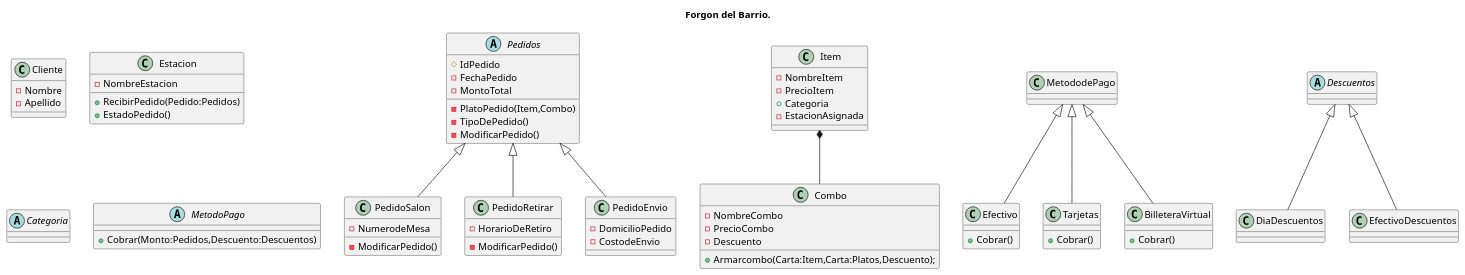
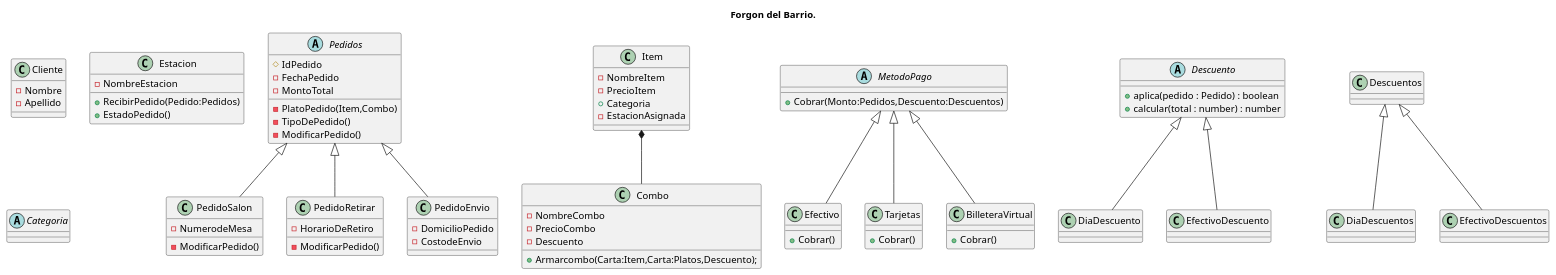
One commit to biglierilaram/Trabajo_Practico_Prog2 changed the diagram in Diagrama del TP/Restaurante.puml. Above: the diagram before and after it, drawn with PlantUML.

Commit message:
Corregi nombres de DiaDescuento y EfectivoDescuento y agrege un par de comentarios

```diff
--- a/Diagrama del TP/Restaurante.puml
+++ b/Diagrama del TP/Restaurante.puml
@@ -1,141 +1,148 @@
 @startuml
 
 title Forgon del Barrio.
 
 class Cliente{
 -Nombre
 -Apellido
 }
 
 
 abstract class Pedidos{
 #IdPedido
 -FechaPedido
 -MontoTotal
 -PlatoPedido(Item,Combo)
 
 
 -TipoDePedido()
 -ModificarPedido()
 
 }
 
 ' Relaciones
 Pedidos <|-- PedidoSalon
 Pedidos <|-- PedidoRetirar
 Pedidos <|--PedidoEnvio
 
 class PedidoSalon{
 -NumerodeMesa
 -ModificarPedido()
 }
 
 class PedidoRetirar{
 -HorarioDeRetiro
 -ModificarPedido()
 }
 
 class PedidoEnvio{
 -DomicilioPedido
 -CostodeEnvio
 }
 
 ' CADETE QUE ES? TIENE OBRA SOCIAL?
 
 
 
 
 
 
 
 
 
 
 
 
 
 
 
 class Estacion{
 
 -NombreEstacion
 
 +RecibirPedido(Pedido:Pedidos)
 +EstadoPedido()
 
 }
 ' TENEMOS QUE VER COMO PORONGA ESTABLECER EL ESTADO DEL PEDIDO
 ' AVERIGUAR SI LOS TIPOS DE ESTACIONES SON HIJOS O ALGO DE ESTACION
 
 
 
 
 
 
 
 
 
 
 'NO SI SI VA
 abstract class Categoria{
 
 }
 
 class Item{
 
 -NombreItem
 -PrecioItem
 +Categoria
 -EstacionAsignada
 
 }
 
 class Combo{
 -NombreCombo
 -PrecioCombo
 -Descuento
 + Armarcombo(Carta:Item,Carta:Platos,Descuento);
 }
 
 'Relacion
 Item 	*-- Combo
 
 
 abstract class MetodoPago{
 +Cobrar(Monto:Pedidos,Descuento:Descuentos)
 }
 
 class Efectivo{
 +Cobrar()
 }
 
 class Tarjetas{
 +Cobrar()
 }
 
 class BilleteraVirtual{
 +Cobrar()
 }
 'Relacion
-MetododePago <|-- Efectivo
-MetododePago <|-- Tarjetas
-MetododePago <|-- BilleteraVirtual
+MetodoPago <|-- Efectivo
+MetodoPago <|-- Tarjetas
+MetodoPago <|-- BilleteraVirtual
 
 
+'clase abstracta para los descuentos que se pueden plicar a un pedido (por pagar en efectivo, o por dia especial)
+'aplica: cada subclase decide con SU PROPIA logica si el pedido cumple la condicion para ese descuento
+'calcular: una vez que se sabe que aplica, calcula cuanto se descuenta sobre el total.
+abstract class Descuento { 
 
-'DEFINIR COMO ELEGIR QUE DESCUENTO APLICAR
-abstract class Descuentos{
+  +aplica(pedido : Pedido) : boolean
+  +calcular(total : number) : number
 }
 
-class DiaDescuentos{
+Descuento <|-- DiaDescuento
+Descuento <|-- EfectivoDescuento
+
+class DiaDescuento{
 }
 
-class EfectivoDescuentos{
+class EfectivoDescuento{
 }
 
 Descuentos <|-- DiaDescuentos
 Descuentos <|-- EfectivoDescuentos
 
 
 
 @enduml
```
